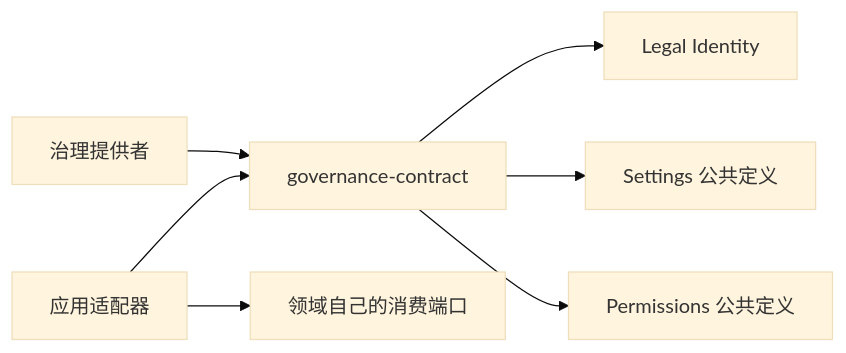
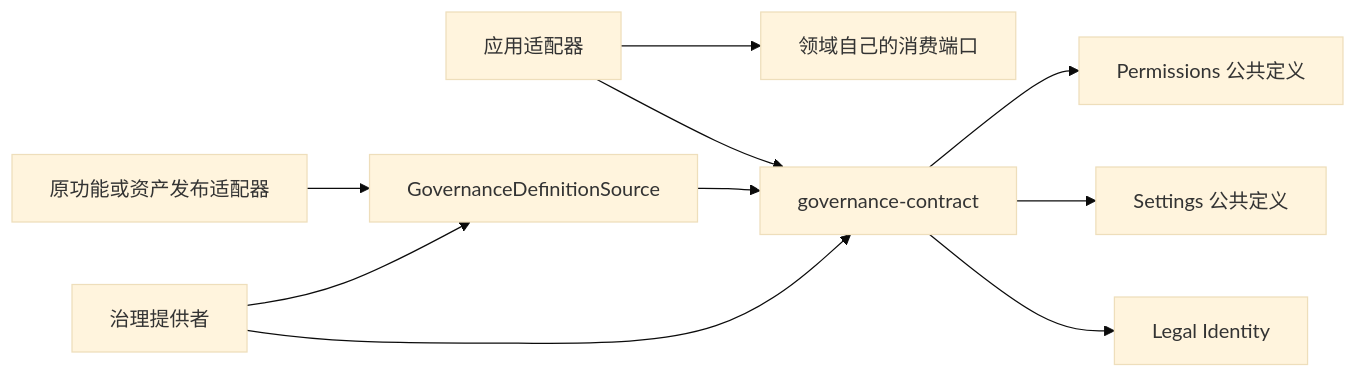
Before and after one commit to nemori-ai/omne-harness-lite: the diagram in packages/governance/governance-contract/docs/architecture.md, drawn with Mermaid (base theme). The commit also changed other lines of this file and 11 other files, not shown here.

````diff
--- a/packages/governance/governance-contract/docs/architecture.md
+++ b/packages/governance/governance-contract/docs/architecture.md
@@ -7,9 +9,12 @@
 ```mermaid
 flowchart LR
   App[应用适配器] --> G[governance-contract]
   Provider[治理提供者] --> G
   G --> L[Legal Identity]
   G --> S[Settings 公共定义]
   G --> P[Permissions 公共定义]
   App --> Domain[领域自己的消费端口]
+  Publisher[原功能或资产发布适配器] --> Source[GovernanceDefinitionSource]
+  Provider --> Source
+  Source --> G
 ```
````
